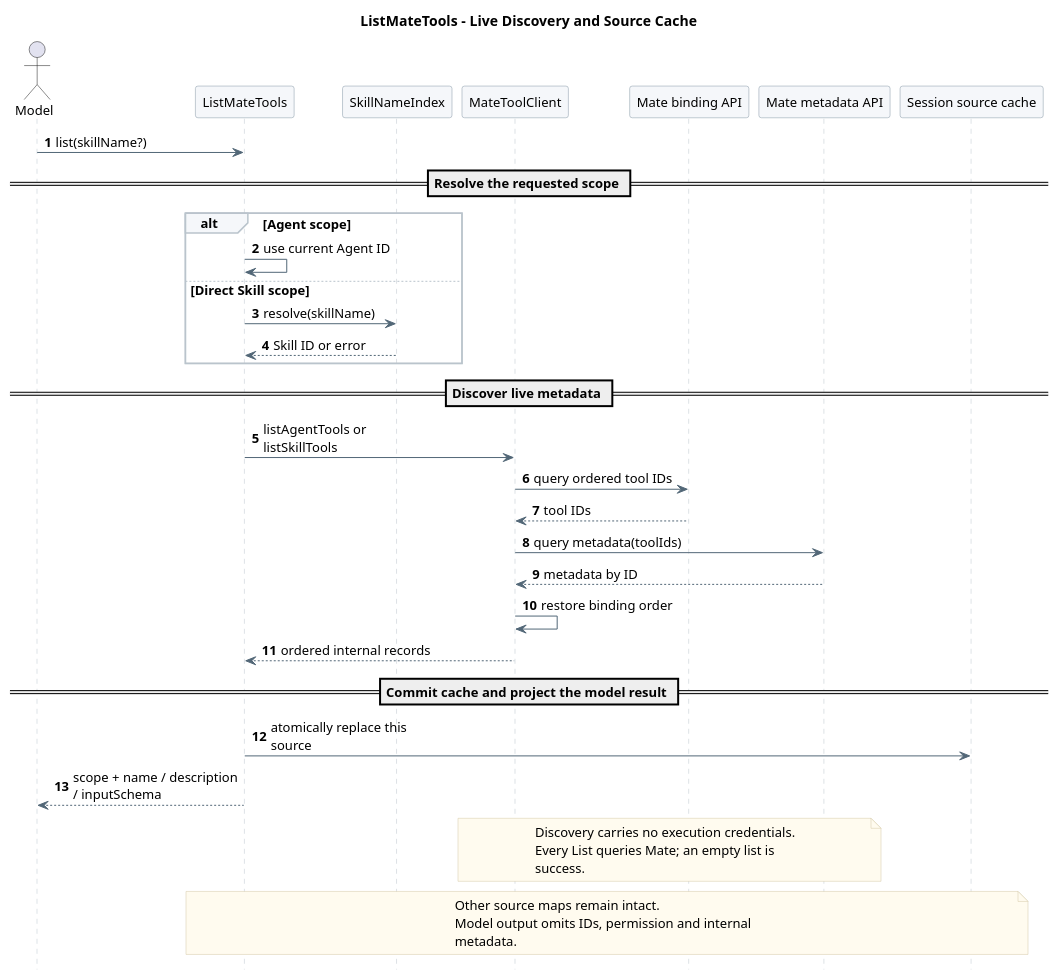
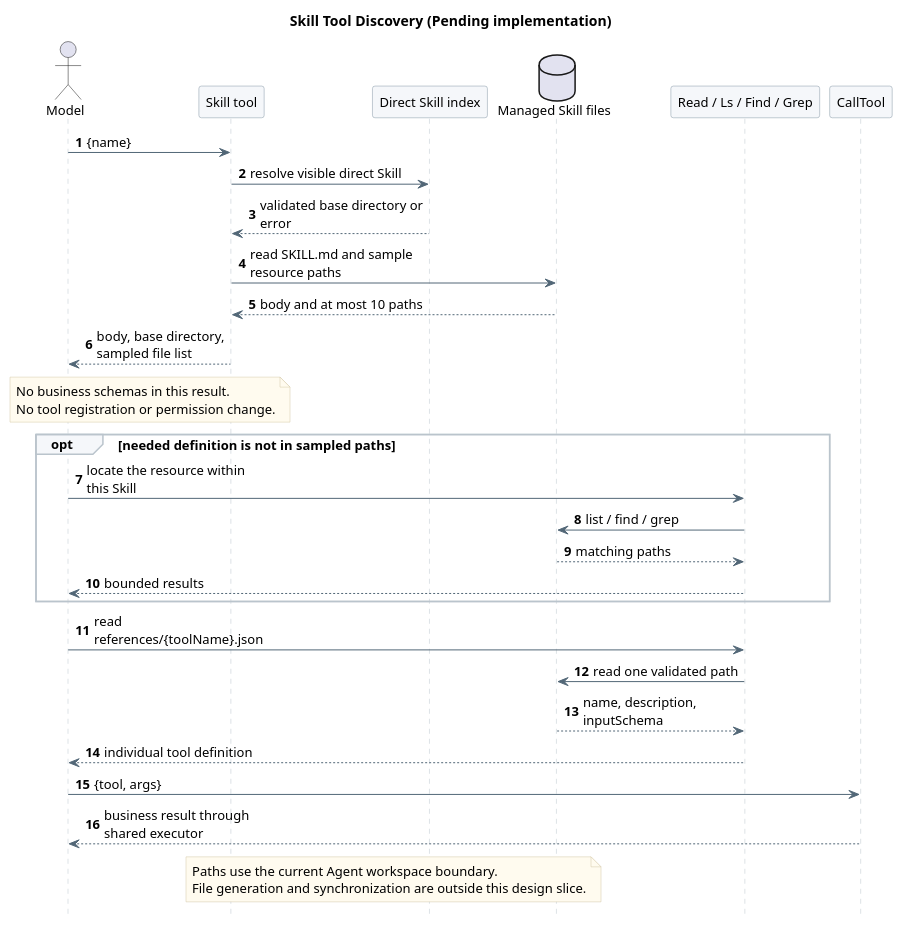
Before and after one commit to ssm0808/pi-mono-java-design: the fourth of 11 diagrams in 01-总体架构/02-CampusClaw工具系统/diagram.puml, drawn with PlantUML. The commit also changed other lines of this file and 18 other files, not shown here.

Commit message:
docs(tools): 设计 Agent 工具代理与 Skill 渐进发现

```diff
--- a/01-总体架构/02-CampusClaw工具系统/diagram.puml
+++ b/01-总体架构/02-CampusClaw工具系统/diagram.puml
@@ -268,65 +289,61 @@
 @startuml list_mate_tools_sequence
 skinparam backgroundColor white
 skinparam defaultFontName SansSerif
 skinparam defaultFontSize 13
 skinparam shadowing false
 skinparam sequenceMessageAlign left
 skinparam maxMessageSize 165
 skinparam sequenceArrowColor #526777
 skinparam sequenceLifeLineBorderColor #BAC4CC
 skinparam sequenceParticipantBackgroundColor #F5F7FA
 skinparam sequenceParticipantBorderColor #8496A4
 skinparam sequenceGroupBackgroundColor #F5F7FA
 skinparam sequenceGroupBorderColor #BAC4CC
 skinparam noteBackgroundColor #FFFBEF
 skinparam noteBorderColor #D2C6A5
 hide footbox
 autonumber
-' Source evidence (pi-mono-java 320d790726a70aada6100052952d5494d2a378ac):
-' modules/coding-agent-cli/src/main/java/com/campusclaw/codingagent/tool/mate/ListMateTool.java: execute.
-' modules/coding-agent-cli/src/main/java/com/campusclaw/codingagent/tool/mate/MateToolSessionCache.java: refresh.
-' modules/coding-agent-cli/src/main/java/com/campusclaw/codingagent/common/client/HttpMateToolClient.java:
-' queryToolIdsByAgentId, queryToolIdsBySkillId, and queryToolMetaByIds.
-' Observed behavior: discovery currently receives the same three Mate credentials as execute.
-' Java divergence: current List writes one flat name-to-ID map and Call depends on a prior List.
-' Security hardening: Agent, Skill, and metadata discovery never receive execution credentials.
-' Design reason: List stays live and updates only its source cache without exposing credentials.
-title ListMateTools - Live Discovery and Source Cache
+title Skill Tool Discovery (Pending implementation)
+' Source evidence (OpenCode ebb7b76eca82342642c78645109e865614533827):
+' packages/opencode/src/tool/skill.ts: SkillTool
+' Source evidence (CampusClaw fb842b1ac6cb4818f6b146f79dd184a5cd88bf12):
+' modules/coding-agent-cli/src/main/java/com/campusclaw/codingagent/skill/SkillPromptFormatter.java: format
+' modules/coding-agent-cli/src/main/java/com/campusclaw/codingagent/tool/read/ReadTool.java: execute
+' Observed behavior: CampusClaw currently uses Read for the body and ListMateTools for definitions.
+' Design reason: disclose instructions, then one tool definition, without mutating model tools.
+' Stable block identity retained for existing document links.
 
 actor Model
-participant "ListMateTools" as List
-participant "SkillNameIndex" as Index
-participant "MateToolClient" as Client
-participant "Mate binding API" as Binding
-participant "Mate metadata API" as Meta
-participant "Session source cache" as Cache
-Model -> List : list(skillName?)
-== Resolve the requested scope ==
-alt Agent scope
-  List -> List : use current Agent ID
-else Direct Skill scope
-  List -> Index : resolve(skillName)
-  Index --> List : Skill ID or error
+participant "Skill tool" as Skill
+participant "Direct Skill index" as Index
+database "Managed Skill files" as Files
+participant "Read / Ls / Find / Grep" as Read
+participant "CallTool" as Call
+
+Model -> Skill : {name}
+Skill -> Index : resolve visible direct Skill
+Index --> Skill : validated base directory or error
+Skill -> Files : read SKILL.md and sample resource paths
+Files --> Skill : body and at most 10 paths
+Skill --> Model : body, base directory, sampled file list
+note over Model,Skill
+  No business schemas in this result.
+  No tool registration or permission change.
+end note
+opt needed definition is not in sampled paths
+  Model -> Read : locate the resource within this Skill
+  Read -> Files : list / find / grep
+  Files --> Read : matching paths
+  Read --> Model : bounded results
 end
-== Discover live metadata ==
-List -> Client : listAgentTools or listSkillTools
-Client -> Binding : query ordered tool IDs
-Binding --> Client : tool IDs
-Client -> Meta : query metadata(toolIds)
-Meta --> Client : metadata by ID
-Client -> Client : restore binding order
-Client --> List : ordered internal records
-== Commit cache and project the model result ==
-List -> Cache : atomically replace this source
-List --> Model : scope + name / description / inputSchema
-note over Client,Meta
-  Discovery carries no execution credentials.
-  Every List queries Mate; an empty list is
-  success.
-end note
-note over List,Cache
-  Other source maps remain intact.
-  Model output omits IDs, permission and internal
-  metadata.
+Model -> Read : read references/{toolName}.json
+Read -> Files : read one validated path
+Files --> Read : name, description, inputSchema
+Read --> Model : individual tool definition
+Model -> Call : {tool, args}
+Call --> Model : business result through shared executor
+note over Skill,Files
+  Paths use the current Agent workspace boundary.
+  File generation and synchronization are outside this design slice.
 end note
 @enduml
```
